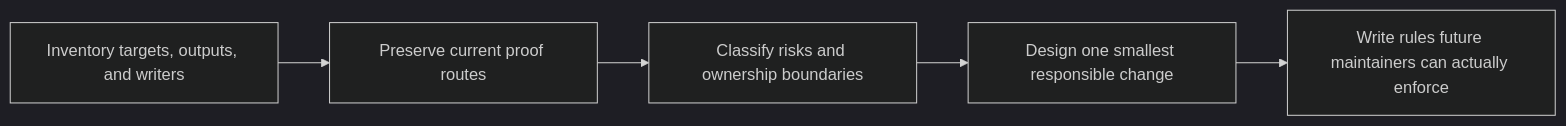
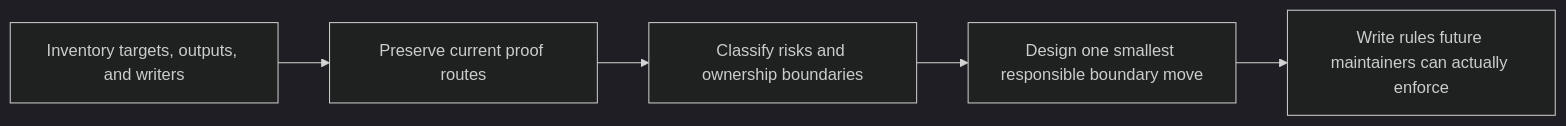
One commit to bijux/bijux-masterclass changed the first of 2 diagrams in programs/reproducible-research/deep-dive-make/course-book/module-10-migration-governance-tool-boundaries/index.md. Above: the diagram before and after it, drawn with Mermaid (dark theme). The commit also changed other lines of this file, not shown here.

````diff
--- a/programs/reproducible-research/deep-dive-make/course-book/module-10-migration-governance-tool-boundaries/index.md
+++ b/programs/reproducible-research/deep-dive-make/course-book/module-10-migration-governance-tool-boundaries/index.md
@@ -53,7 +79,7 @@
 ```mermaid
 flowchart LR
   review["Inventory targets, outputs, and writers"] --> characterize["Preserve current proof routes"]
   characterize --> classify["Classify risks and ownership boundaries"]
-  classify --> move["Design one smallest responsible change"]
+  classify --> move["Design one smallest responsible boundary move"]
   move --> govern["Write rules future maintainers can actually enforce"]
 ```
````
